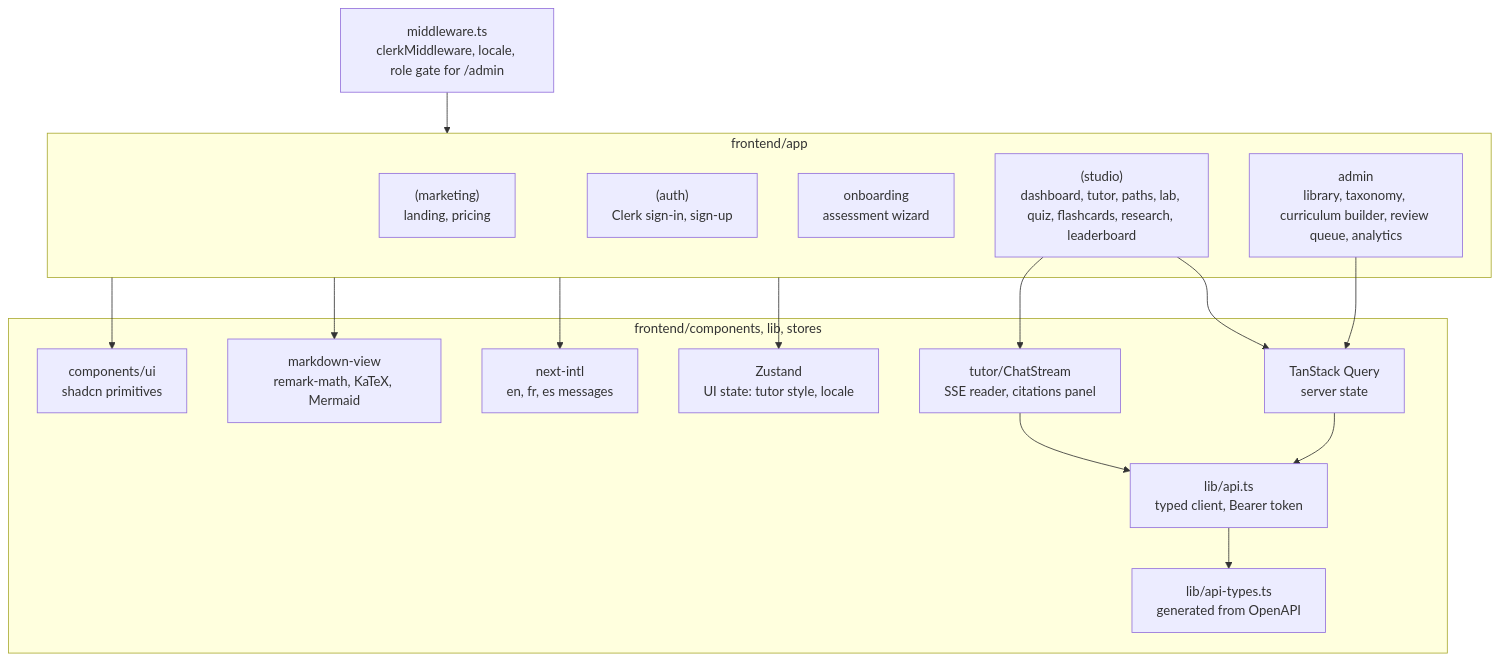
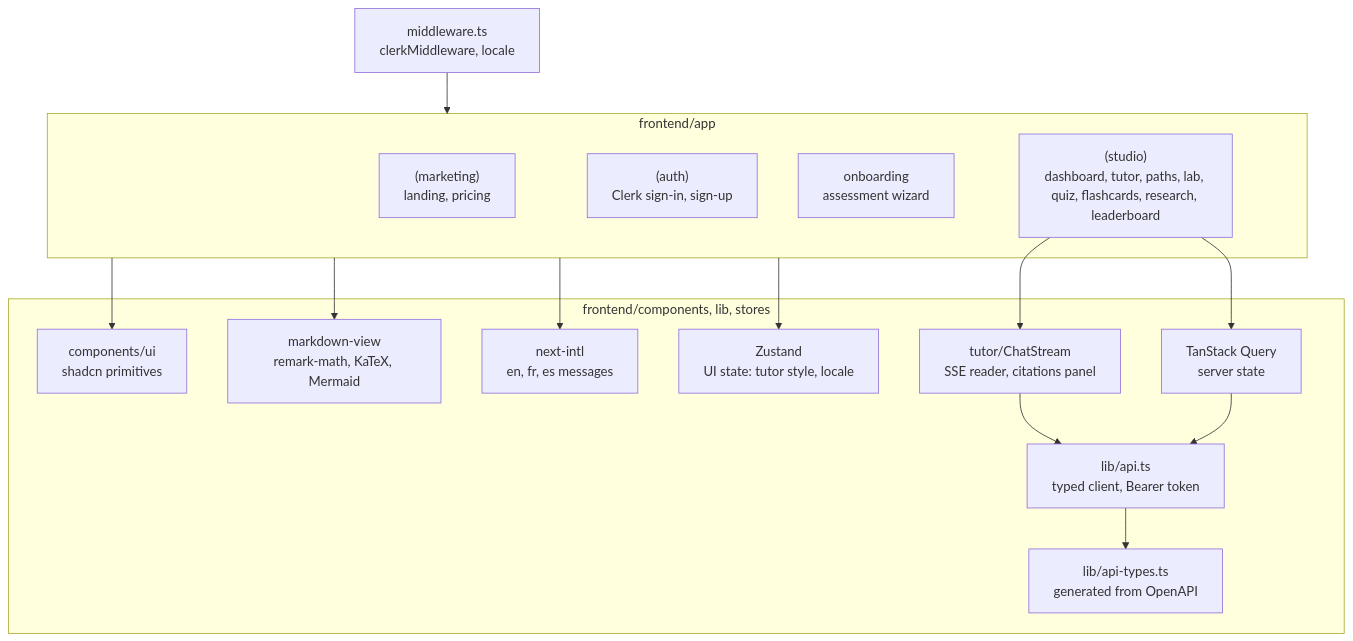
Before and after one commit to Nditah/AI-Mentor: the fifth of 31 diagrams in docs/SystemArchitecture.md, drawn with Mermaid. The commit also changed other lines of this file and 15 other files, not shown here.

````diff
--- a/docs/SystemArchitecture.md
+++ b/docs/SystemArchitecture.md
@@ -385,35 +386,33 @@
 ```mermaid
 flowchart TB
     subgraph AppRouter["frontend/app"]
         MK["(marketing)<br/>landing, pricing"]
         AU["(auth)<br/>Clerk sign-in, sign-up"]
         ON["onboarding<br/>assessment wizard"]
         ST["(studio)<br/>dashboard, tutor, paths, lab, quiz, flashcards, research, leaderboard"]
-        AD["admin<br/>library, taxonomy, curriculum builder, review queue, analytics"]
     end
 
     subgraph Shared["frontend/components, lib, stores"]
         UI["components/ui<br/>shadcn primitives"]
         MD["markdown-view<br/>remark-math, KaTeX, Mermaid"]
         CHAT["tutor/ChatStream<br/>SSE reader, citations panel"]
         API["lib/api.ts<br/>typed client, Bearer token"]
         GEN["lib/api-types.ts<br/>generated from OpenAPI"]
         Q["TanStack Query<br/>server state"]
         Z["Zustand<br/>UI state: tutor style, locale"]
         I18N["next-intl<br/>en, fr, es messages"]
     end
 
-    MW["middleware.ts<br/>clerkMiddleware, locale, role gate for /admin"]
+    MW["middleware.ts<br/>clerkMiddleware, locale"]
 
     MW --> AppRouter
     ST --> CHAT
     ST --> Q
-    AD --> Q
     Q --> API
     CHAT --> API
     API --> GEN
     AppRouter --> UI
     AppRouter --> MD
     AppRouter --> I18N
     AppRouter --> Z
 ```
````
